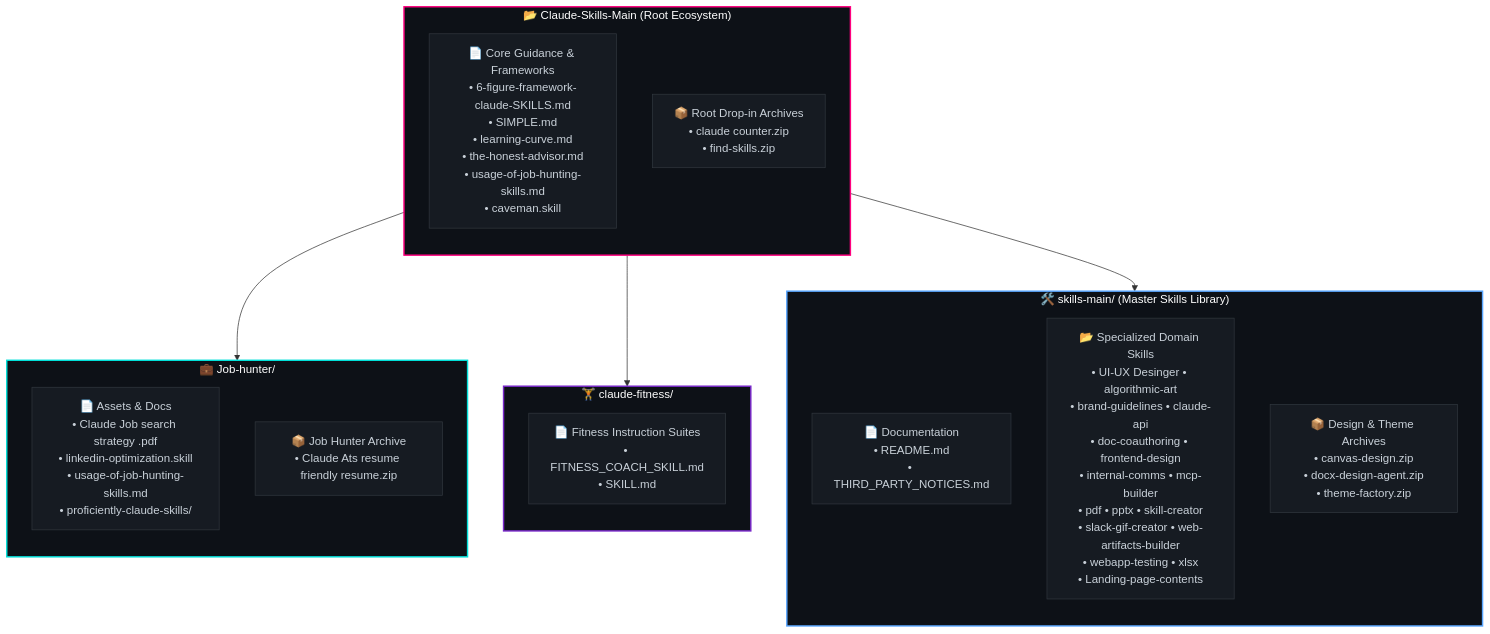
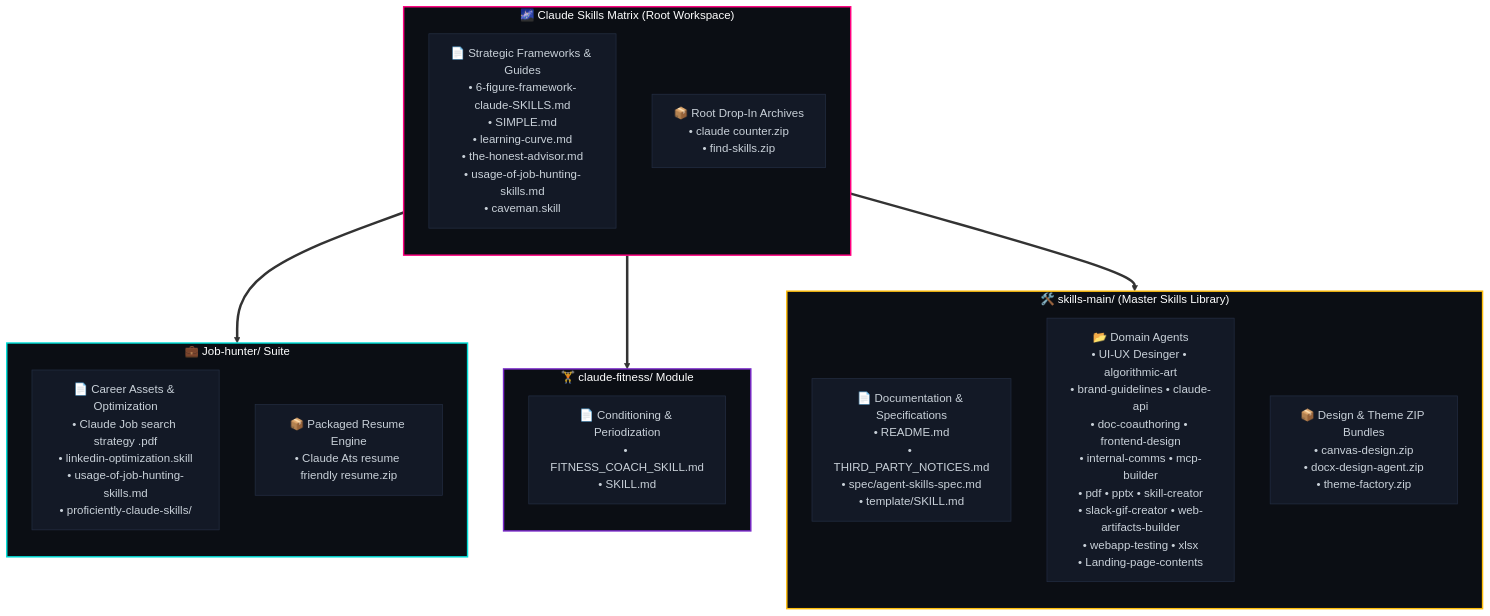
Before and after one commit to ismailgito/Claude-skills: the diagram in README.md, drawn with Mermaid. The commit also changed other lines of this file, not shown here.

````diff
--- a/README.md
+++ b/README.md
@@ -157,41 +161,41 @@
 ```mermaid
 flowchart TB
-    subgraph ROOT["📂 Claude-Skills-Main (Root Ecosystem)"]
+    subgraph ROOT["🌌 Claude Skills Matrix (Root Workspace)"]
         direction TB
-        RF["📄 Core Guidance & Frameworks<br/>• 6-figure-framework-claude-SKILLS.md<br/>• SIMPLE.md<br/>• learning-curve.md<br/>• the-honest-advisor.md<br/>• usage-of-job-hunting-skills.md<br/>• caveman.skill"]
-        RZ["📦 Root Drop-in Archives<br/>• claude counter.zip<br/>• find-skills.zip"]
+        RF["📄 Strategic Frameworks & Guides<br/>• 6-figure-framework-claude-SKILLS.md<br/>• SIMPLE.md<br/>• learning-curve.md<br/>• the-honest-advisor.md<br/>• usage-of-job-hunting-skills.md<br/>• caveman.skill"]
+        RZ["📦 Root Drop-In Archives<br/>• claude counter.zip<br/>• find-skills.zip"]
     end
 
-    subgraph JOB["💼 Job-hunter/"]
+    subgraph JOB["💼 Job-hunter/ Suite"]
         direction TB
-        JH_FILES["📄 Assets & Docs<br/>• Claude Job search strategy .pdf<br/>• linkedin-optimization.skill<br/>• usage-of-job-hunting-skills.md<br/>• proficiently-claude-skills/"]
-        JH_ZIP["📦 Job Hunter Archive<br/>• Claude Ats resume friendly resume.zip"]
+        JH_FILES["📄 Career Assets & Optimization<br/>• Claude Job search strategy .pdf<br/>• linkedin-optimization.skill<br/>• usage-of-job-hunting-skills.md<br/>• proficiently-claude-skills/"]
+        JH_ZIP["📦 Packaged Resume Engine<br/>• Claude Ats resume friendly resume.zip"]
     end
 
-    subgraph FIT["🏋️ claude-fitness/"]
+    subgraph FIT["🏋️ claude-fitness/ Module"]
         direction TB
-        FIT_FILES["📄 Fitness Instruction Suites<br/>• FITNESS_COACH_SKILL.md<br/>• SKILL.md"]
+        FIT_FILES["📄 Conditioning & Periodization<br/>• FITNESS_COACH_SKILL.md<br/>• SKILL.md"]
     end
 
     subgraph SKM["🛠️ skills-main/ (Master Skills Library)"]
         direction TB
-        SM_DOC["📄 Documentation<br/>• README.md<br/>• THIRD_PARTY_NOTICES.md"]
-        SM_SKILLS["📂 Specialized Domain Skills<br/>• UI-UX Desinger • algorithmic-art<br/>• brand-guidelines • claude-api<br/>• doc-coauthoring • frontend-design<br/>• internal-comms • mcp-builder<br/>• pdf • pptx • skill-creator<br/>• slack-gif-creator • web-artifacts-builder<br/>• webapp-testing • xlsx<br/>• Landing-page-contents"]
-        SM_ZIP["📦 Design & Theme Archives<br/>• canvas-design.zip<br/>• docx-design-agent.zip<br/>• theme-factory.zip"]
+        SM_DOC["📄 Documentation & Specifications<br/>• README.md<br/>• THIRD_PARTY_NOTICES.md<br/>• spec/agent-skills-spec.md<br/>• template/SKILL.md"]
+        SM_SKILLS["📂 Domain Agents<br/>• UI-UX Desinger • algorithmic-art<br/>• brand-guidelines • claude-api<br/>• doc-coauthoring • frontend-design<br/>• internal-comms • mcp-builder<br/>• pdf • pptx • skill-creator<br/>• slack-gif-creator • web-artifacts-builder<br/>• webapp-testing • xlsx<br/>• Landing-page-contents"]
+        SM_ZIP["📦 Design & Theme ZIP Bundles<br/>• canvas-design.zip<br/>• docx-design-agent.zip<br/>• theme-factory.zip"]
     end
 
-    ROOT --> JOB
-    ROOT --> FIT
-    ROOT --> SKM
+    ROOT ==> JOB
+    ROOT ==> FIT
+    ROOT ==> SKM
 
-    classDef default fill:#161b22,stroke:#30363d,stroke-width:1px,color:#c9d1d9;
-    classDef rootBox fill:#0d1117,stroke:#ff007f,stroke-width:2px,color:#fff;
-    classDef jobBox fill:#0d1117,stroke:#00dfd8,stroke-width:2px,color:#fff;
-    classDef fitBox fill:#0d1117,stroke:#7928ca,stroke-width:2px,color:#fff;
-    classDef smBox fill:#0d1117,stroke:#58a6ff,stroke-width:2px,color:#fff;
+    classDef default fill:#131926,stroke:#232d42,stroke-width:1px,color:#c9d1d9;
+    classDef rootBox fill:#0b0e14,stroke:#ff007f,stroke-width:2px,color:#fff;
+    classDef jobBox fill:#0b0e14,stroke:#00dfd8,stroke-width:2px,color:#fff;
+    classDef fitBox fill:#0b0e14,stroke:#7928ca,stroke-width:2px,color:#fff;
+    classDef smBox fill:#0b0e14,stroke:#ffbe0b,stroke-width:2px,color:#fff;
 
     class ROOT rootBox;
     class JOB jobBox;
     class FIT fitBox;
     class SKM smBox;
 ```
````
